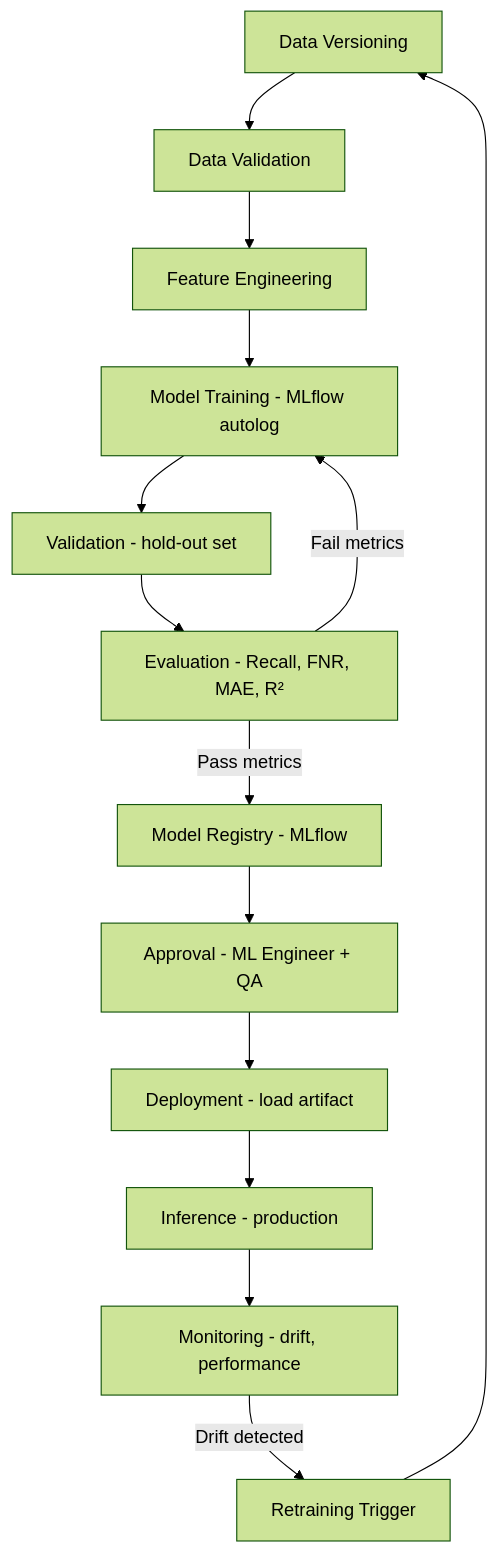
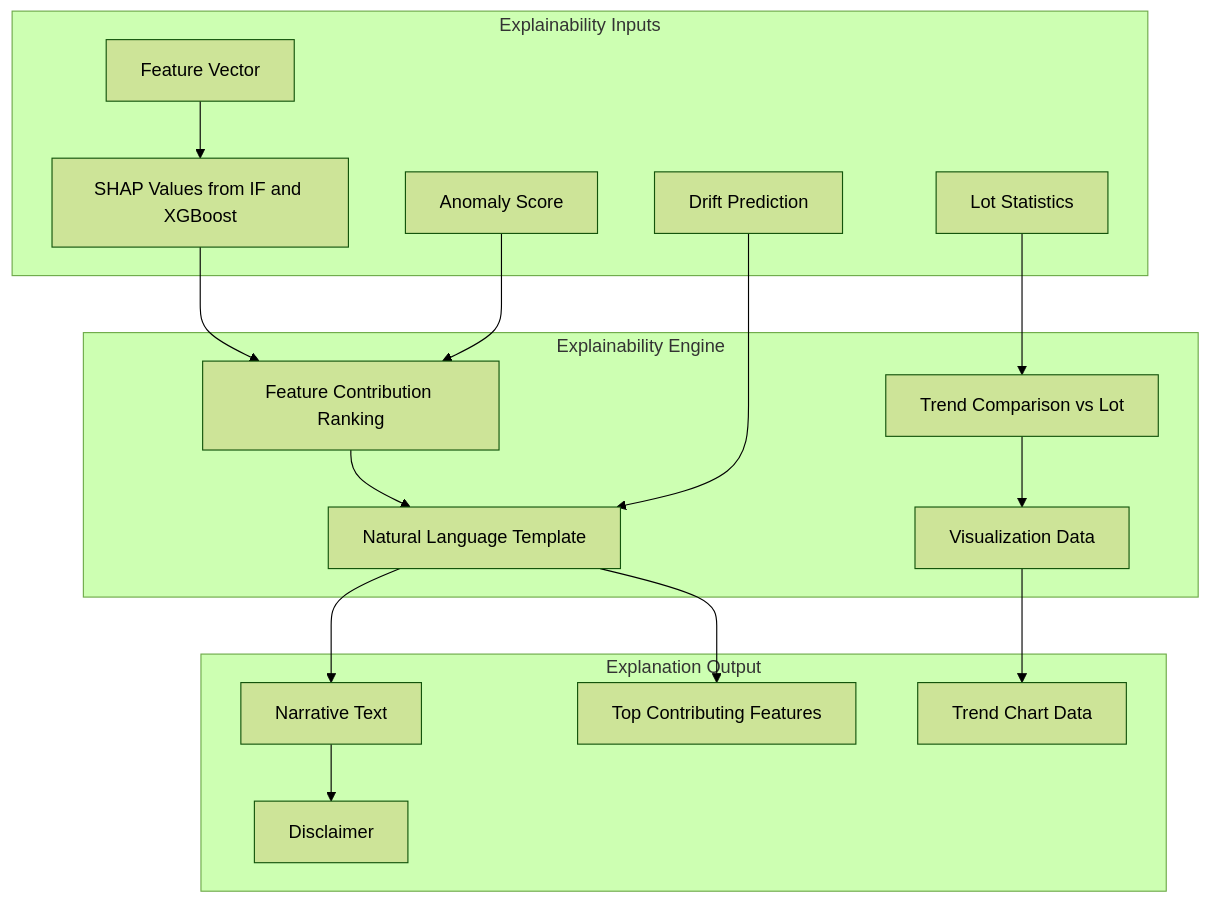
Before and after one commit to ankushkumar14092-dot/sih_170: the ninth of 20 diagrams in DOCUMENTATION.md, drawn with Mermaid (forest theme). The commit also changed other lines of this file, not shown here.

Commit message:
Add 20 Mermaid architecture diagrams to DOCUMENTATION.md

````diff
--- a/DOCUMENTATION.md
+++ b/DOCUMENTATION.md
@@ -2026,16 +2166,28 @@
 ```mermaid
 graph TD
-    DV[Data Versioning] --> DVL[Data Validation]
-    DVL --> FE[Feature Engineering]
-    FE --> TR[Model Training - MLflow autolog]
-    TR --> VAL[Validation - hold-out set]
-    VAL --> EVAL[Evaluation - Recall, FNR, MAE, R²]
-    EVAL --> |Pass metrics| MR[Model Registry - MLflow]
-    EVAL --> |Fail metrics| TR
-    MR --> APR[Approval - ML Engineer + QA]
-    APR --> DEP[Deployment - load artifact]
-    DEP --> INF[Inference - production]
-    INF --> MON[Monitoring - drift, performance]
-    MON --> |Drift detected| RTR[Retraining Trigger]
-    RTR --> DV
+    subgraph INPUTS[Explainability Inputs]
+        FV[Feature Vector]
+        AS[Anomaly Score]
+        SHAP[SHAP Values from IF and XGBoost]
+        PRED[Drift Prediction]
+        LOT[Lot Statistics]
+    end
+    subgraph ENGINE[Explainability Engine]
+        FC[Feature Contribution Ranking]
+        NL[Natural Language Template]
+        TC[Trend Comparison vs Lot]
+        VIZ[Visualization Data]
+    end
+    subgraph OUTPUT[Explanation Output]
+        NAR[Narrative Text]
+        FEAT[Top Contributing Features]
+        CHART[Trend Chart Data]
+        DISC[Disclaimer]
+    end
+    FV --> SHAP --> FC --> NL --> NAR
+    AS --> FC
+    PRED --> NL
+    LOT --> TC --> VIZ --> CHART
+    NL --> FEAT
+    NAR --> DISC
 ```
````
